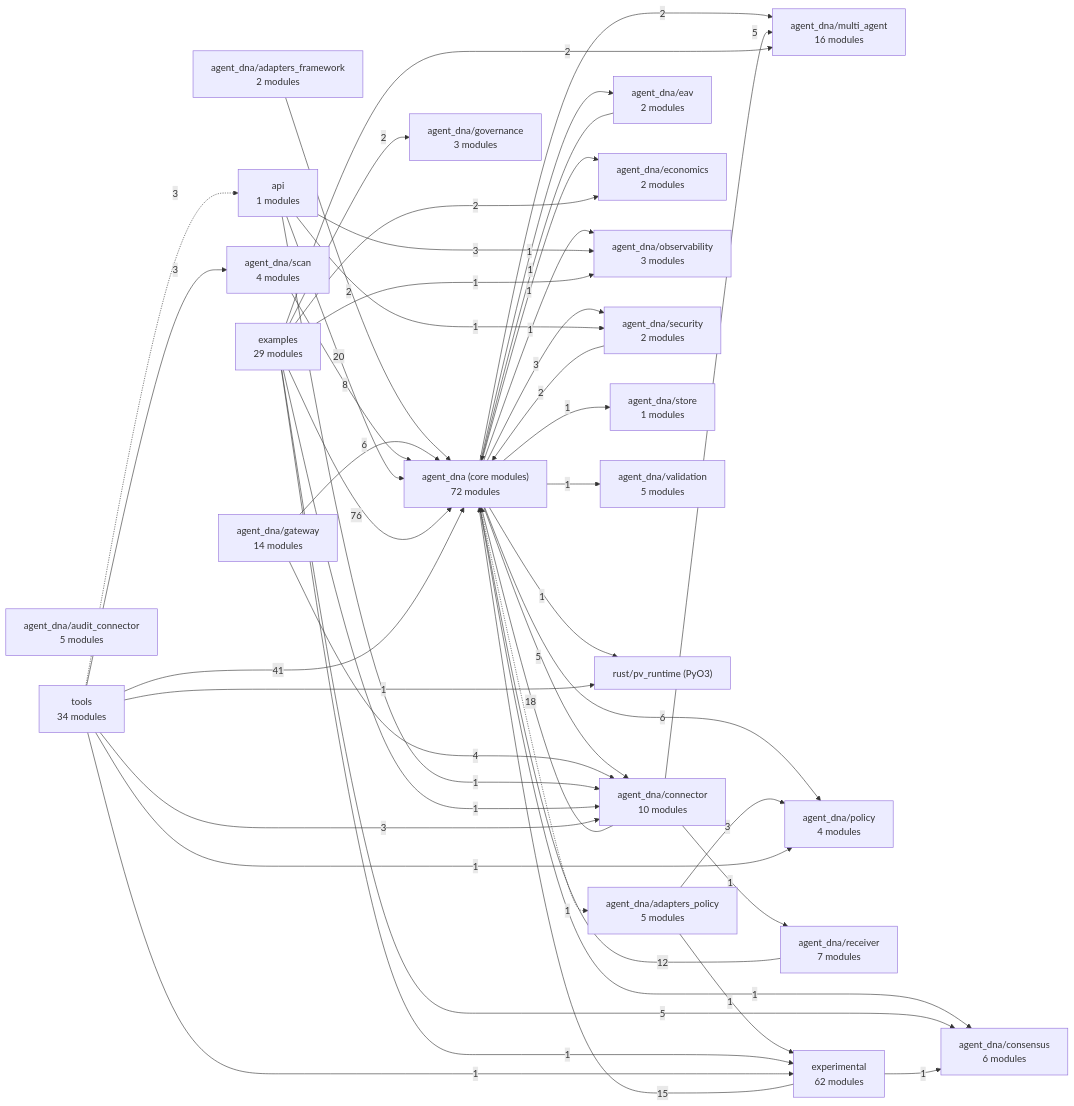
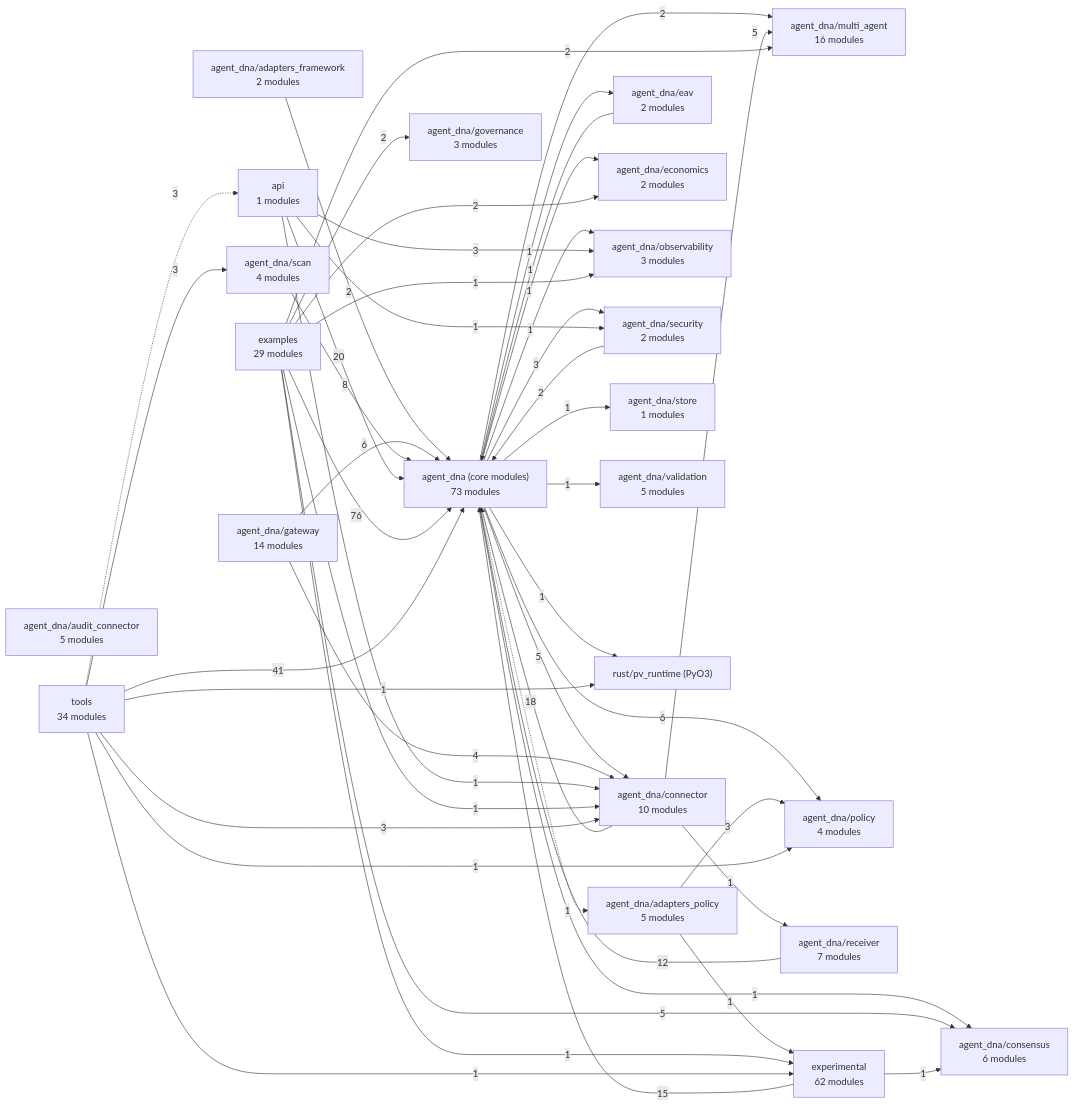
Before and after one commit to LOLA0786/privatevault-agent-dna: the diagram in docs/architecture/MAP.md, drawn with Mermaid. The commit also changed other lines of this file and 9 other files, not shown here.

````diff
--- a/docs/architecture/MAP.md
+++ b/docs/architecture/MAP.md
@@ -7,71 +7,71 @@
 ```mermaid
 flowchart LR
-  n0["agent_dna (core modules)<br/>72 modules"]
+  n0["agent_dna (core modules)<br/>73 modules"]
   n1["agent_dna/adapters_framework<br/>2 modules"]
   n2["agent_dna/adapters_policy<br/>5 modules"]
   n3["agent_dna/audit_connector<br/>5 modules"]
   n4["agent_dna/connector<br/>10 modules"]
   n5["agent_dna/consensus<br/>6 modules"]
   n6["agent_dna/eav<br/>2 modules"]
   n7["agent_dna/economics<br/>2 modules"]
   n8["agent_dna/gateway<br/>14 modules"]
   n9["agent_dna/governance<br/>3 modules"]
   n10["agent_dna/multi_agent<br/>16 modules"]
   n11["agent_dna/observability<br/>3 modules"]
   n12["agent_dna/policy<br/>4 modules"]
   n13["agent_dna/receiver<br/>7 modules"]
   n14["agent_dna/scan<br/>4 modules"]
   n15["agent_dna/security<br/>2 modules"]
   n16["agent_dna/store<br/>1 modules"]
   n17["agent_dna/validation<br/>5 modules"]
   n18["api<br/>1 modules"]
   n19["examples<br/>29 modules"]
   n20["experimental<br/>62 modules"]
   n21["rust/pv_runtime (PyO3)"]
   n22["tools<br/>34 modules"]
   n0 -.->|1| n2
   n0 -->|5| n4
   n0 -->|1| n5
   n0 -->|1| n6
   n0 -->|1| n7
   n0 -->|2| n10
   n0 -->|1| n11
   n0 -->|6| n12
   n0 -->|3| n15
   n0 -->|1| n16
   n0 -->|1| n17
   n0 -->|1| n21
   n1 -->|2| n0
   n2 -->|3| n12
   n2 -->|1| n20
   n4 -->|18| n0
   n4 -->|5| n10
   n4 -->|1| n13
   n6 -->|1| n0
   n8 -->|6| n0
   n8 -->|4| n4
   n13 -->|12| n0
   n14 -->|8| n0
   n15 -->|2| n0
   n18 -->|20| n0
   n18 -->|1| n4
   n18 -->|3| n11
   n18 -->|1| n15
   n19 -->|76| n0
   n19 -->|1| n4
   n19 -->|5| n5
   n19 -->|2| n7
   n19 -->|2| n9
   n19 -->|2| n10
   n19 -->|1| n11
   n19 -->|1| n20
   n20 -->|15| n0
   n20 -->|1| n5
   n22 -->|41| n0
   n22 -->|3| n4
   n22 -->|1| n12
   n22 -->|3| n14
   n22 -.->|3| n18
   n22 -->|1| n20
   n22 -->|1| n21
 ```
````
